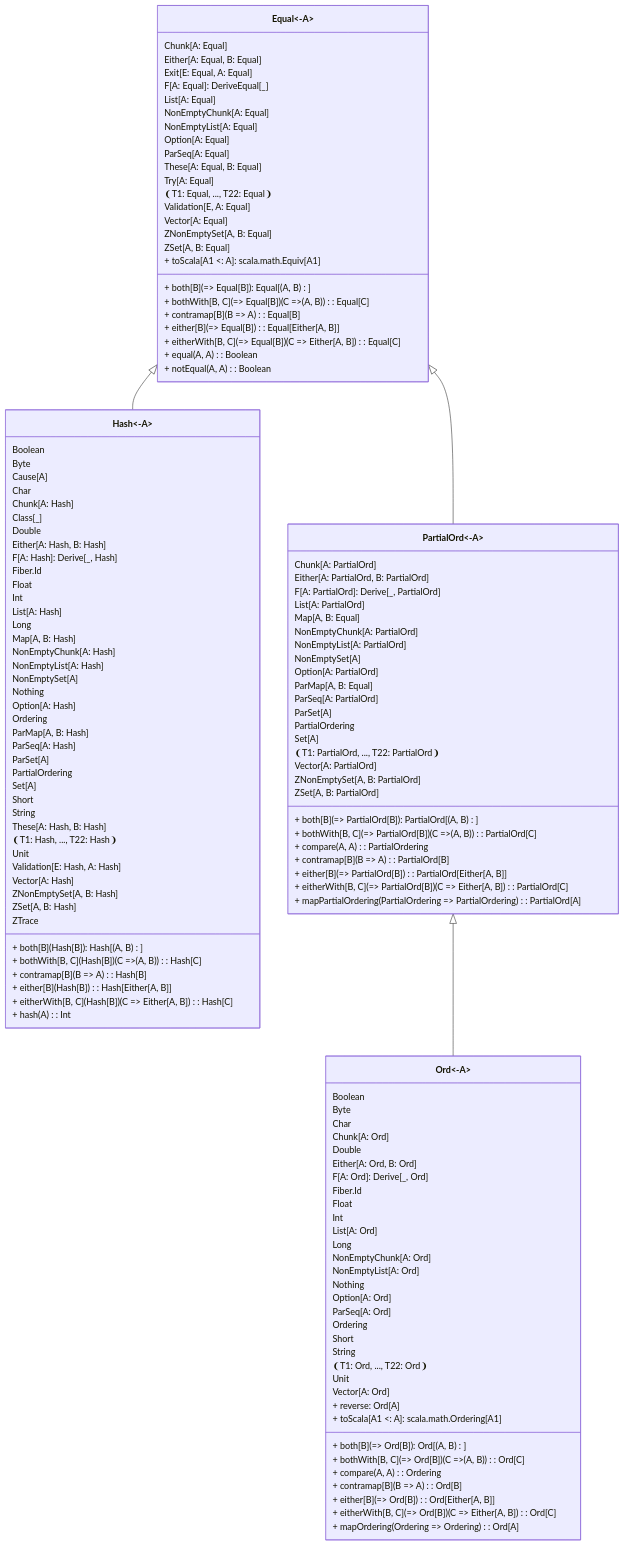
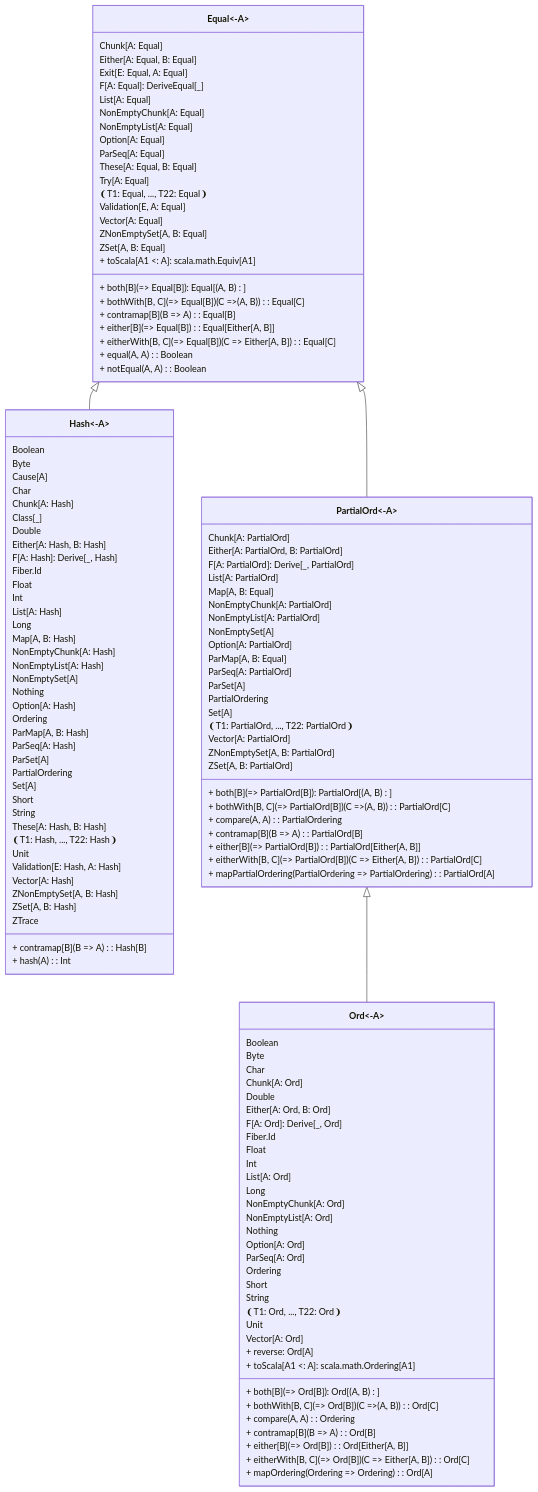
Before and after one commit to zio/zio-prelude: the eighth of 8 diagrams in docs/functional-abstractions/abstraction-diagrams.md, drawn with Mermaid. The commit also changed other lines of this file and 59 other files, not shown here.

```diff
--- a/docs/functional-abstractions/abstraction-diagrams.md
+++ b/docs/functional-abstractions/abstraction-diagrams.md
@@ -401,11 +396,7 @@
     ZSet[A, B: Hash]
     ZTrace
 
-    + both[B](Hash[B]): Hash[(A, B)]
-    + bothWith[B, C](Hash[B])(C => (A, B)): Hash[C]
     + contramap[B](B => A): Hash[B]
-    + either[B](Hash[B]): Hash[Either[A, B]]
-    + eitherWith[B, C](Hash[B])(C => Either[A, B]): Hash[C]
     + hash(A): Int
   }
   class PartialOrd~-A~ {
```
